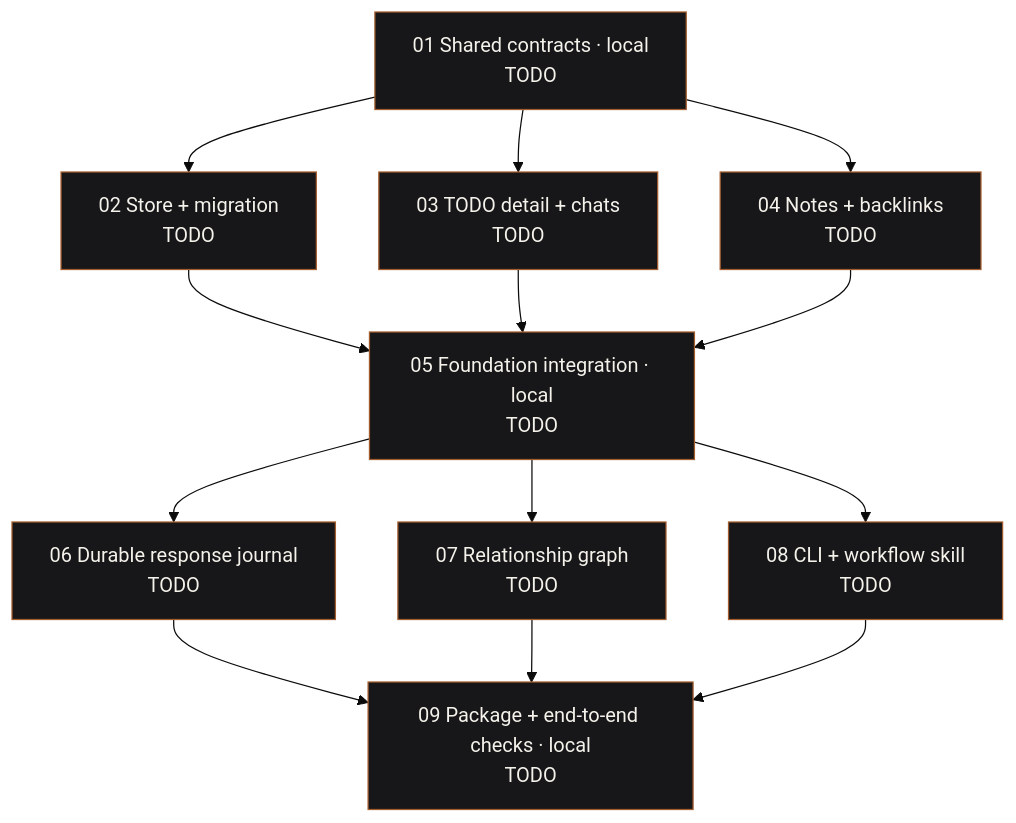
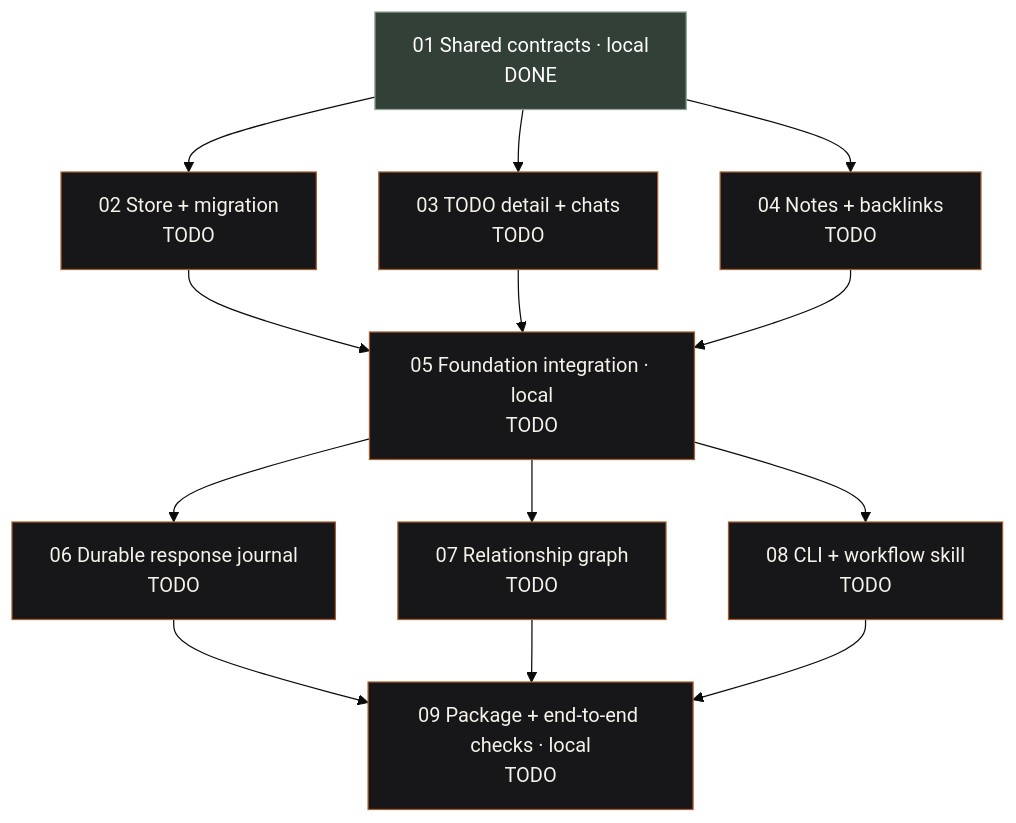
The diagram in docs/plans/linked-work/00-overview.md (vatsalsaglani/Cider), drawn with Mermaid (base theme) before and after one commit. The commit also changed other lines of this file and 30 other files, not shown here.

````diff
--- a/docs/plans/linked-work/00-overview.md
+++ b/docs/plans/linked-work/00-overview.md
@@ -38,27 +38,27 @@
 ```mermaid
 flowchart TD
-    P01["01 Shared contracts · local<br/>TODO"]:::todo
+    P01["01 Shared contracts · local<br/>DONE"]:::done
     P02["02 Store + migration<br/>TODO"]:::todo
     P03["03 TODO detail + chats<br/>TODO"]:::todo
     P04["04 Notes + backlinks<br/>TODO"]:::todo
     P05["05 Foundation integration · local<br/>TODO"]:::todo
     P06["06 Durable response journal<br/>TODO"]:::todo
     P07["07 Relationship graph<br/>TODO"]:::todo
     P08["08 CLI + workflow skill<br/>TODO"]:::todo
     P09["09 Package + end-to-end checks · local<br/>TODO"]:::todo
     P01 --> P02
     P01 --> P03
     P01 --> P04
     P02 --> P05
     P03 --> P05
     P04 --> P05
     P05 --> P06
     P05 --> P07
     P05 --> P08
     P06 --> P09
     P07 --> P09
     P08 --> P09
     classDef todo fill:#171719,color:#f5f2eb,stroke:#a45d2e
     classDef inprogress fill:#7d3b12,color:#fff,stroke:#ff8b38
     classDef done fill:#324038,color:#fff,stroke:#8ca996
 ```
````
